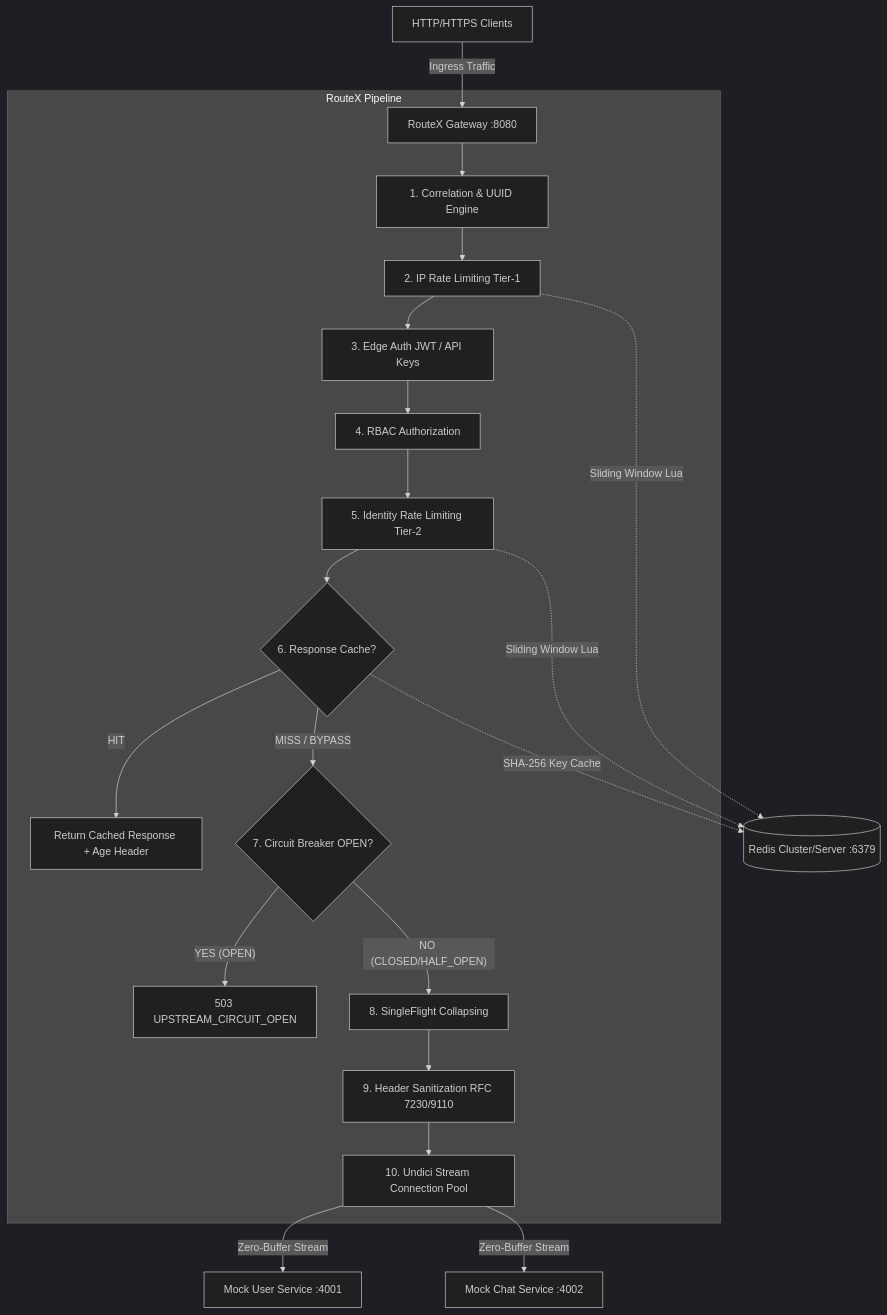
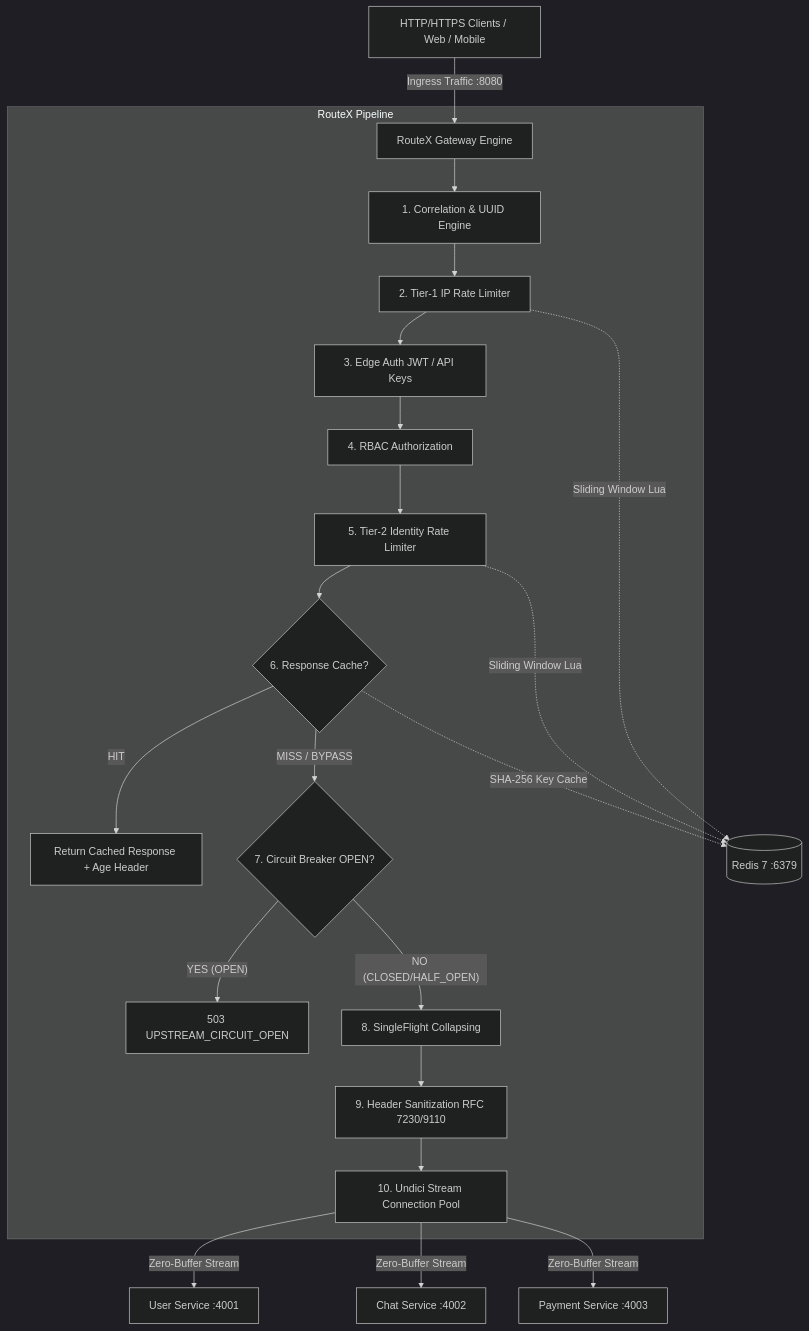
One commit to ankit18193/RouteX changed the first of 2 diagrams in README.md. Above: the diagram before and after it, drawn with Mermaid (dark theme). The commit also changed other lines of this file, not shown here.

Commit message:
docs: add comprehensive developer integration guide and architecture reference to README

````diff
--- a/README.md
+++ b/README.md
@@ -29,27 +45,28 @@
 ```mermaid
 flowchart TD
-    Client[HTTP/HTTPS Clients] -->|Ingress Traffic| Gateway[RouteX Gateway :8080]
+    Client[HTTP/HTTPS Clients / Web / Mobile] -->|Ingress Traffic :8080| Gateway[RouteX Gateway Engine]
     
     subgraph RouteX Pipeline
         Gateway --> P1[1. Correlation & UUID Engine]
-        P1 --> P2[2. IP Rate Limiting Tier-1]
+        P1 --> P2[2. Tier-1 IP Rate Limiter]
         P2 --> P3[3. Edge Auth JWT / API Keys]
         P3 --> P4[4. RBAC Authorization]
-        P4 --> P5[5. Identity Rate Limiting Tier-2]
+        P4 --> P5[5. Tier-2 Identity Rate Limiter]
         P5 --> P6{6. Response Cache?}
         
         P6 -- HIT --> CacheReturn[Return Cached Response + Age Header]
         P6 -- MISS / BYPASS --> P7{7. Circuit Breaker OPEN?}
         
         P7 -- YES (OPEN) --> FastFail[503 UPSTREAM_CIRCUIT_OPEN]
         P7 -- NO (CLOSED/HALF_OPEN) --> P8[8. SingleFlight Collapsing]
         P8 --> P9[9. Header Sanitization RFC 7230/9110]
         P9 --> P10[10. Undici Stream Connection Pool]
     end
 
-    P10 -->|Zero-Buffer Stream| US1[Mock User Service :4001]
-    P10 -->|Zero-Buffer Stream| US2[Mock Chat Service :4002]
-    P2 -.->|Sliding Window Lua| Redis[(Redis Cluster/Server :6379)]
+    P10 -->|Zero-Buffer Stream| US1[User Service :4001]
+    P10 -->|Zero-Buffer Stream| US2[Chat Service :4002]
+    P10 -->|Zero-Buffer Stream| US3[Payment Service :4003]
+    P2 -.->|Sliding Window Lua| Redis[(Redis 7 :6379)]
     P5 -.->|Sliding Window Lua| Redis
     P6 -.->|SHA-256 Key Cache| Redis
 ```
````
